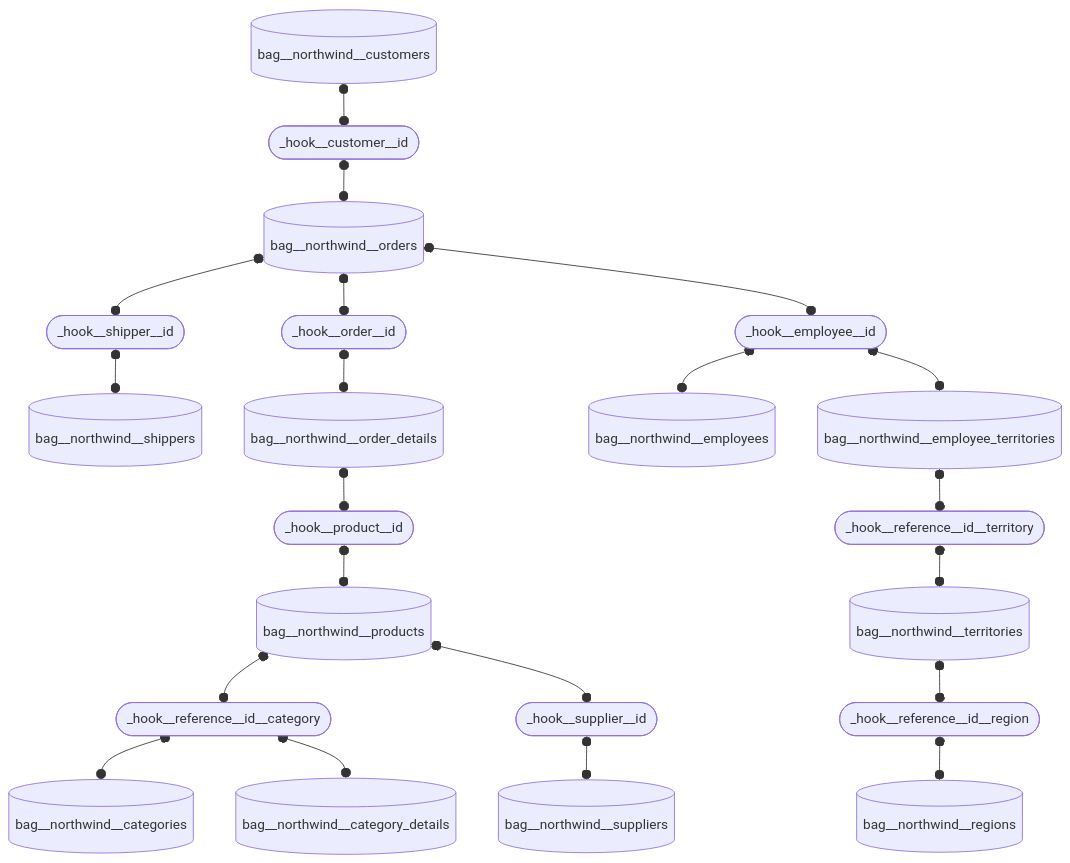
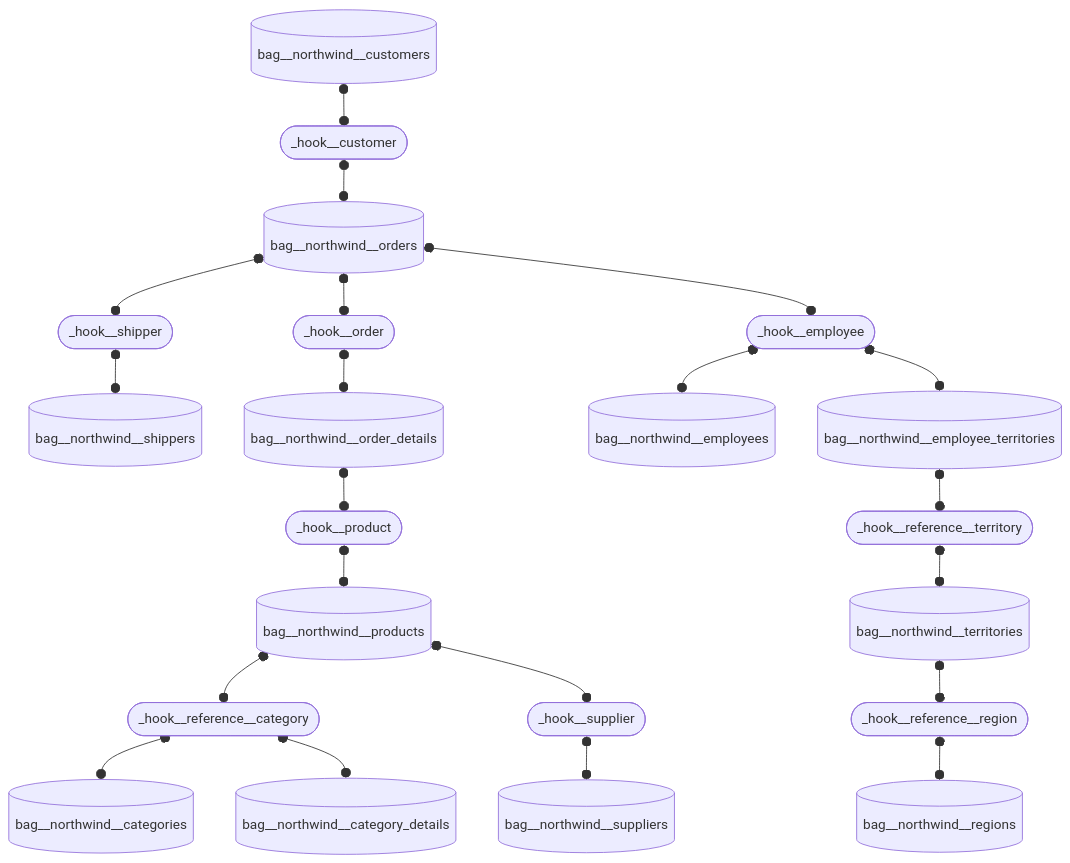
The third of 4 diagrams in README.md (mattiasthalen/obsidian-insights), drawn with Mermaid before and after one commit. The commit also changed 33 other files, not shown here.

````diff
--- a/README.md
+++ b/README.md
@@ -78,50 +78,50 @@
 ```mermaid
 flowchart TD
-        _hook__reference__id__category(["_hook__reference__id__category"])
-        _hook__reference__id__region(["_hook__reference__id__region"])
-        _hook__reference__id__territory(["_hook__reference__id__territory"])
-        _hook__customer__id(["_hook__customer__id"])
-        _hook__employee__id(["_hook__employee__id"])
-        _hook__order__id(["_hook__order__id"])
-        _hook__product__id(["_hook__product__id"])
-        _hook__shipper__id(["_hook__shipper__id"])
-        _hook__supplier__id(["_hook__supplier__id"])
+        _hook__reference__category(["_hook__reference__category"])
+        _hook__reference__region(["_hook__reference__region"])
+        _hook__reference__territory(["_hook__reference__territory"])
+        _hook__customer(["_hook__customer"])
+        _hook__employee(["_hook__employee"])
+        _hook__order(["_hook__order"])
+        _hook__product(["_hook__product"])
+        _hook__shipper(["_hook__shipper"])
+        _hook__supplier(["_hook__supplier"])
  
         bag__northwind__categories[("bag__northwind__categories")]
         bag__northwind__category_details[("bag__northwind__category_details")]
         bag__northwind__customers[("bag__northwind__customers")]
         bag__northwind__employees[("bag__northwind__employees")]
         bag__northwind__employee_territories[("bag__northwind__employee_territories")]
         bag__northwind__orders[("bag__northwind__orders")]
         bag__northwind__order_details[("bag__northwind__order_details")]
         bag__northwind__products[("bag__northwind__products")]
         bag__northwind__regions[("bag__northwind__regions")]
         bag__northwind__shippers[("bag__northwind__shippers")]
         bag__northwind__suppliers[("bag__northwind__suppliers")]
         bag__northwind__territories[("bag__northwind__territories")]
 
-    _hook__reference__id__category o--o bag__northwind__categories
-    _hook__reference__id__category  o--o bag__northwind__category_details
-    bag__northwind__products o--o _hook__reference__id__category
+    _hook__reference__category o--o bag__northwind__categories
+    _hook__reference__category  o--o bag__northwind__category_details
+    bag__northwind__products o--o _hook__reference__category
 
-    bag__northwind__customers o--o _hook__customer__id
-    _hook__customer__id  o--o bag__northwind__orders
-    _hook__employee__id  o--o bag__northwind__employees
+    bag__northwind__customers o--o _hook__customer
+    _hook__customer  o--o bag__northwind__orders
+    _hook__employee  o--o bag__northwind__employees
 
     
-    bag__northwind__orders  o--o _hook__shipper__id
-    _hook__employee__id  o--o bag__northwind__employee_territories
-    bag__northwind__orders o--o _hook__order__id
-    _hook__order__id  o--o bag__northwind__order_details
-    _hook__product__id  o--o bag__northwind__products
-    bag__northwind__order_details  o--o _hook__product__id
-    _hook__reference__id__region  o--o bag__northwind__regions
-    bag__northwind__territories  o--o _hook__reference__id__region
-    _hook__shipper__id  o--o bag__northwind__shippers
-    bag__northwind__orders  o--o _hook__employee__id
-    _hook__supplier__id  o--o bag__northwind__suppliers
-    bag__northwind__products  o--o _hook__supplier__id
-    _hook__reference__id__territory  o--o bag__northwind__territories
-    bag__northwind__employee_territories  o--o _hook__reference__id__territory
+    bag__northwind__orders  o--o _hook__shipper
+    _hook__employee  o--o bag__northwind__employee_territories
+    bag__northwind__orders o--o _hook__order
+    _hook__order  o--o bag__northwind__order_details
+    _hook__product  o--o bag__northwind__products
+    bag__northwind__order_details  o--o _hook__product
+    _hook__reference__region  o--o bag__northwind__regions
+    bag__northwind__territories  o--o _hook__reference__region
+    _hook__shipper  o--o bag__northwind__shippers
+    bag__northwind__orders  o--o _hook__employee
+    _hook__supplier  o--o bag__northwind__suppliers
+    bag__northwind__products  o--o _hook__supplier
+    _hook__reference__territory  o--o bag__northwind__territories
+    bag__northwind__employee_territories  o--o _hook__reference__territory
 
 ```
````
